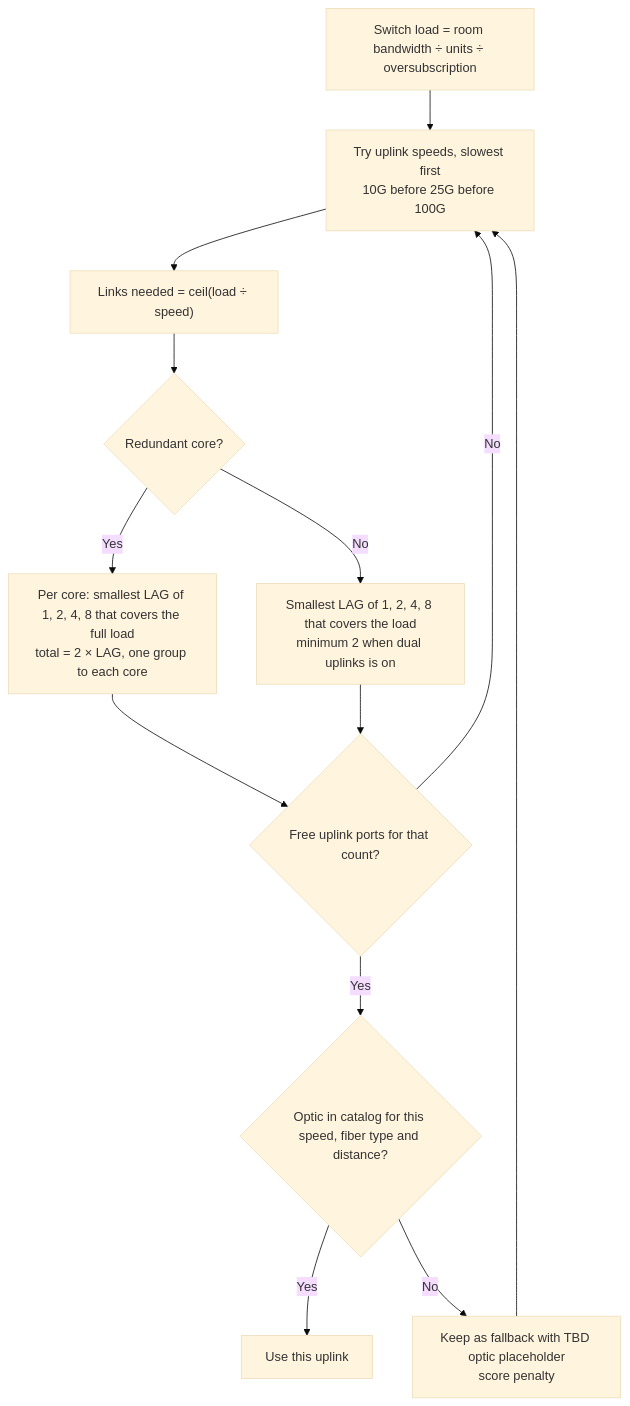
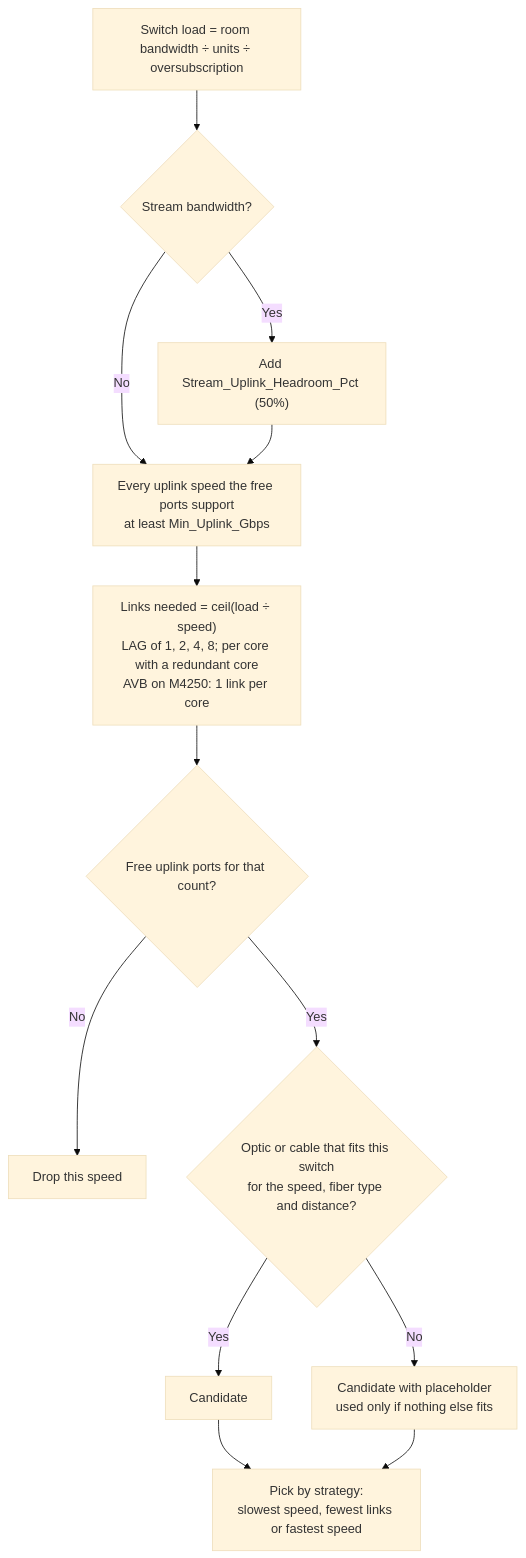
The third of 5 diagrams in docs/design-logic.md (MichaelDNTGR/ntgr-bom-public), drawn with Mermaid (base theme) before and after one commit. The commit also changed other lines of this file and 1 other file, not shown here.

First line of the commit message:
Update design flowcharts and add an overview diagram to the README

````diff
--- a/docs/design-logic.md
+++ b/docs/design-logic.md
@@ -66,15 +75,15 @@
 ```mermaid
 flowchart TD
-    A["Switch load = room bandwidth ÷ units ÷ oversubscription"] --> B["Try uplink speeds, slowest first<br/>10G before 25G before 100G"]
-    B --> C["Links needed = ceil(load ÷ speed)"]
-    C --> D{"Redundant core?"}
-    D -- Yes --> E["Per core: smallest LAG of 1, 2, 4, 8 that covers the full load<br/>total = 2 × LAG, one group to each core"]
-    D -- No --> F["Smallest LAG of 1, 2, 4, 8 that covers the load<br/>minimum 2 when dual uplinks is on"]
-    E --> G{"Free uplink ports for that count?"}
-    F --> G
-    G -- No --> B
-    G -- Yes --> H{"Optic in catalog for this speed, fiber type and distance?"}
-    H -- Yes --> OK["Use this uplink"]
-    H -- No --> T["Keep as fallback with TBD optic placeholder<br/>score penalty"]
-    T --> B
+    A["Switch load = room bandwidth ÷ units ÷ oversubscription"] --> A2{"Stream bandwidth?"}
+    A2 -- Yes --> A3["Add Stream_Uplink_Headroom_Pct (50%)"]
+    A2 -- No --> B
+    A3 --> B["Every uplink speed the free ports support<br/>at least Min_Uplink_Gbps"]
+    B --> C["Links needed = ceil(load ÷ speed)<br/>LAG of 1, 2, 4, 8; per core with a redundant core<br/>AVB on M4250: 1 link per core"]
+    C --> G{"Free uplink ports for that count?"}
+    G -- No --> Z["Drop this speed"]
+    G -- Yes --> H{"Optic or cable that fits this switch<br/>for the speed, fiber type and distance?"}
+    H -- Yes --> OK["Candidate"]
+    H -- No --> T["Candidate with placeholder<br/>used only if nothing else fits"]
+    OK --> S["Pick by strategy:<br/>slowest speed, fewest links or fastest speed"]
+    T --> S
 ```
````
